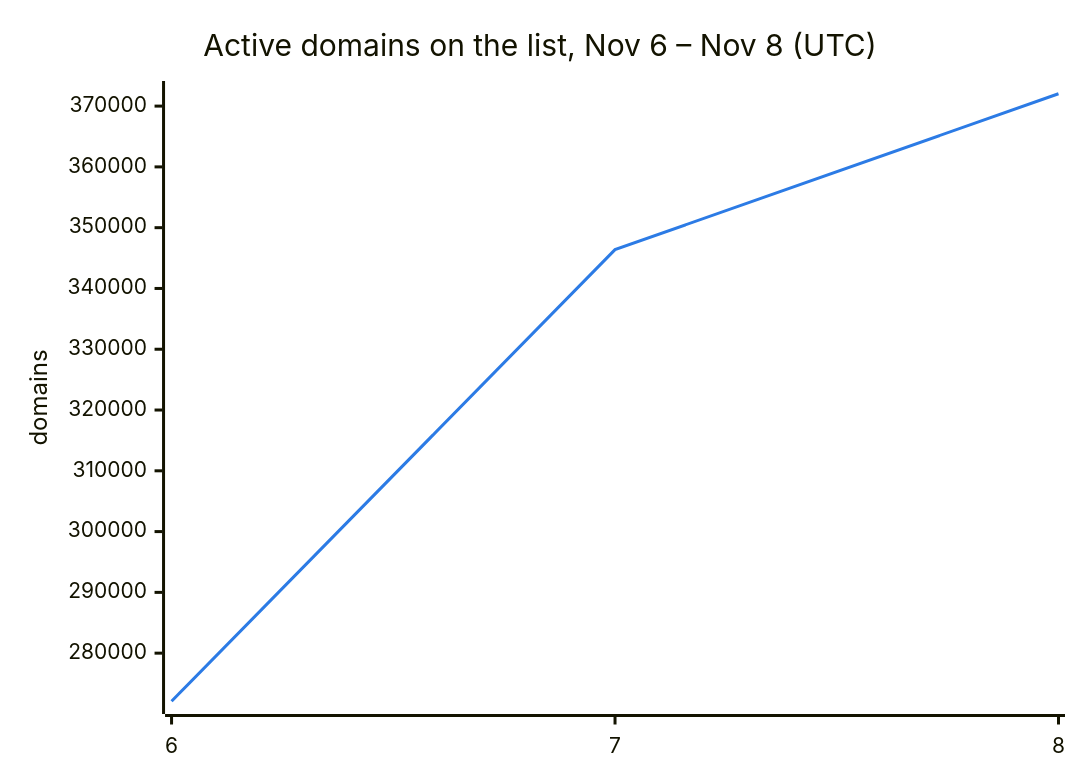
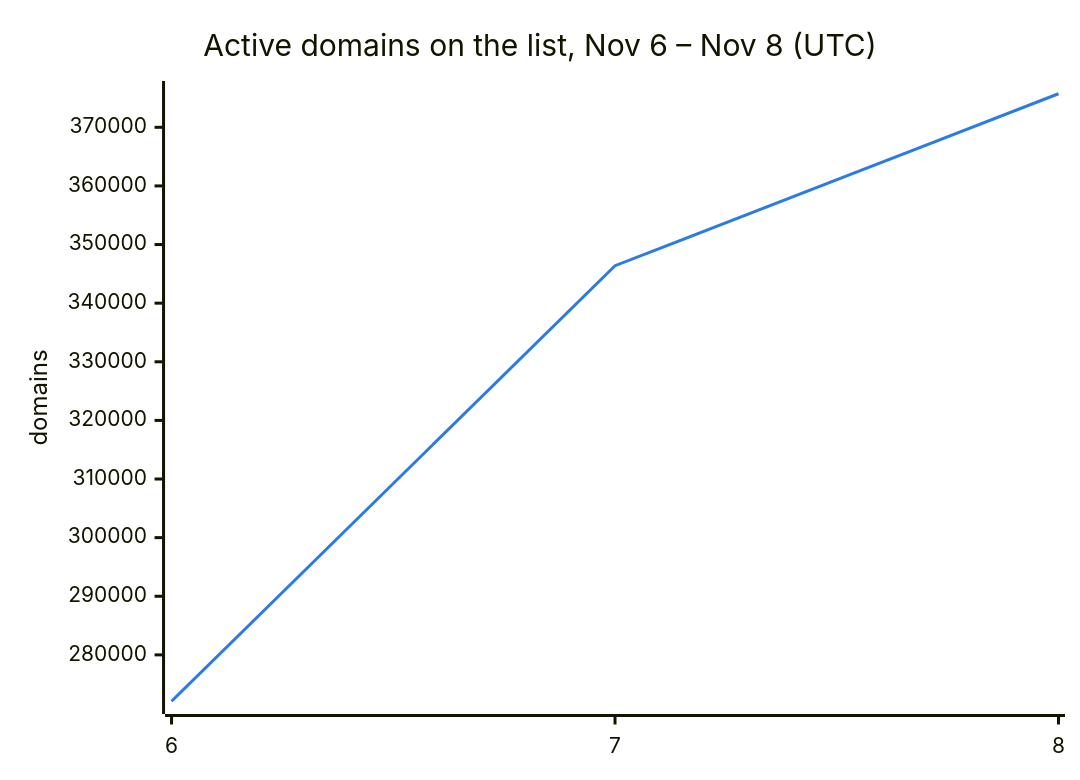
Before and after one commit to DNSBunker/CTI: the second of 3 diagrams in README.md, drawn with Mermaid. The commit also changed other lines of this file and 3 other files, not shown here.

````diff
--- a/README.md
+++ b/README.md
@@ -38,8 +38,8 @@
 ```mermaid
 %%{init: {"themeVariables": {"xyChart": {"plotColorPalette": "#2c7be5"}}}}%%
 xychart-beta
     title "Active domains on the list, Nov 6 – Nov 8 (UTC)"
     x-axis ["6", "7", "8"]
     y-axis "domains"
-    line [272088, 346388, 372033]
+    line [272088, 346388, 375725]
 ```
````
